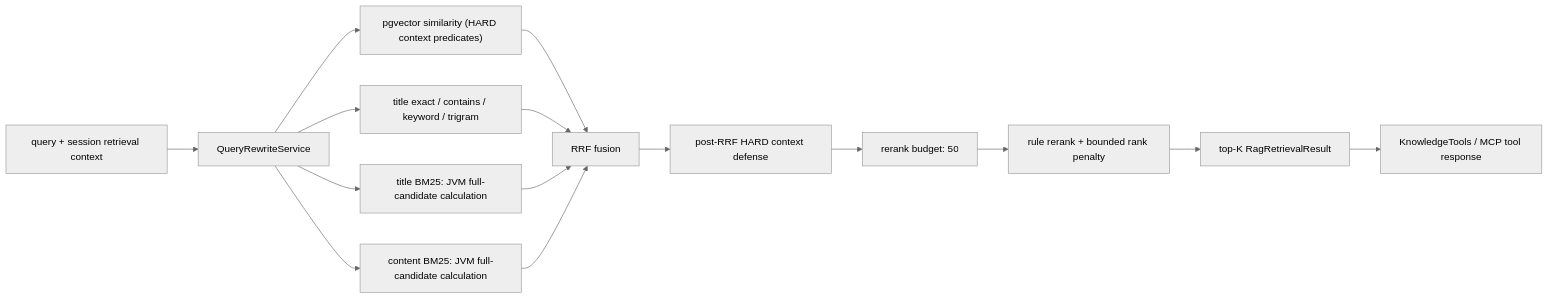
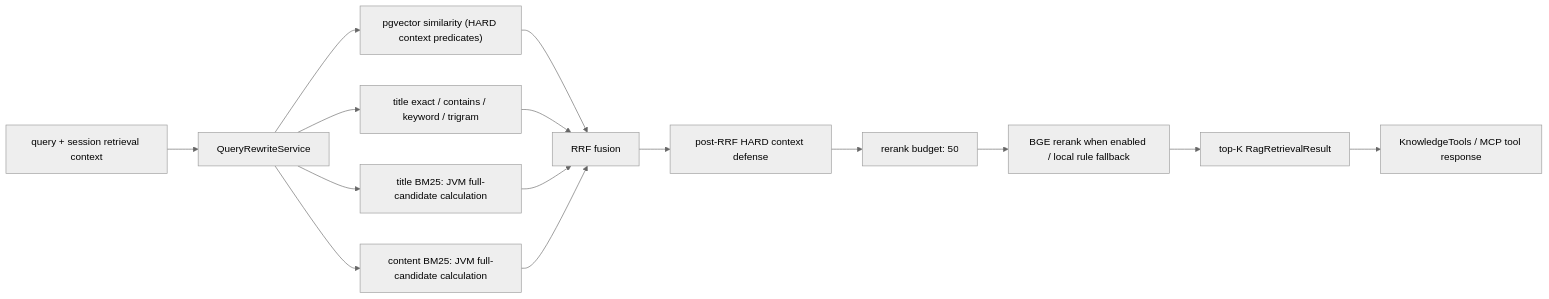
The fourth of 7 diagrams in docs/项目架构与关键链路.md (banxifu986-gif/JchatMind), drawn with Mermaid (neutral theme) before and after one commit. The commit also changed other lines of this file and 2 other files, not shown here.

````diff
--- a/docs/项目架构与关键链路.md
+++ b/docs/项目架构与关键链路.md
@@ -210,17 +210,17 @@
 ```mermaid
 flowchart LR
     Q["query + session retrieval context"] --> R["QueryRewriteService"]
     R --> V["pgvector similarity (HARD context predicates)"]
     R --> TE["title exact / contains / keyword / trigram"]
     R --> TB["title BM25: JVM full-candidate calculation"]
     R --> CB["content BM25: JVM full-candidate calculation"]
     V --> F["RRF fusion"]
     TE --> F
     TB --> F
     CB --> F
     F --> C["post-RRF HARD context defense"]
     C --> RB["rerank budget: 50"]
-    RB --> RR["rule rerank + bounded rank penalty"]
+    RB --> RR["BGE rerank when enabled / local rule fallback"]
     RR --> K["top-K RagRetrievalResult"]
     K --> KT["KnowledgeTools / MCP tool response"]
 ```
````
